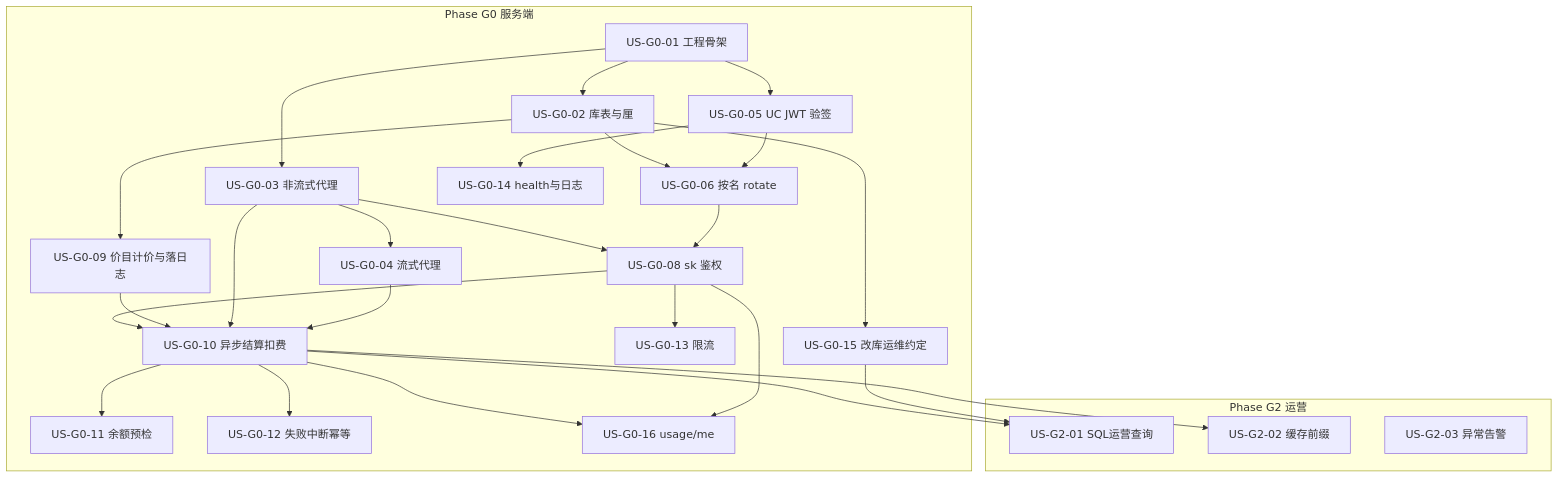
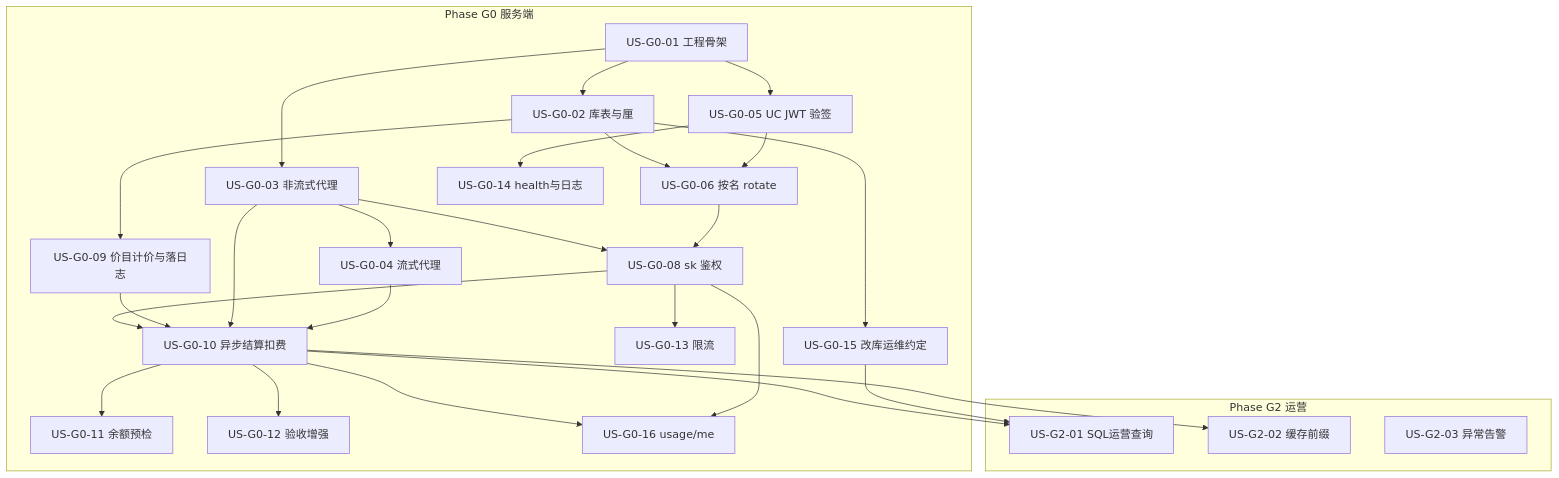
The diagram in token-gateway/docs/02-用户故事.md (Pedro-MAFS/ftcs), drawn with Mermaid before and after one commit. The commit also changed other lines of this file and 22 other files, not shown here.

````diff
--- a/token-gateway/docs/02-用户故事.md
+++ b/token-gateway/docs/02-用户故事.md
@@ -34,51 +34,51 @@
 ```mermaid
 flowchart TB
   subgraph G0["Phase G0 服务端"]
     US01[US-G0-01 工程骨架]
     US02[US-G0-02 库表与厘]
     US03[US-G0-03 非流式代理]
     US04[US-G0-04 流式代理]
     US05[US-G0-05 UC JWT 验签]
     US06[US-G0-06 按名 rotate]
     US08[US-G0-08 sk 鉴权]
     US09[US-G0-09 价目计价与落日志]
     US10[US-G0-10 异步结算扣费]
     US11[US-G0-11 余额预检]
-    US12[US-G0-12 失败中断幂等]
+    US12[US-G0-12 验收增强]
     US13[US-G0-13 限流]
     US14[US-G0-14 health与日志]
     US15[US-G0-15 改库运维约定]
     US16[US-G0-16 usage/me]
 
     US01 --> US02
     US01 --> US03
     US01 --> US05
     US02 --> US06
     US02 --> US09
     US03 --> US04
     US03 --> US08
     US05 --> US06
     US05 --> US14
     US06 --> US08
     US08 --> US10
     US09 --> US10
     US03 --> US10
     US04 --> US10
     US10 --> US11
     US10 --> US12
     US08 --> US13
     US02 --> US15
     US10 --> US16
     US08 --> US16
   end
 
   subgraph G2["Phase G2 运营"]
     US31[US-G2-01 SQL运营查询]
     US32[US-G2-02 缓存前缀]
     US33[US-G2-03 异常告警]
   end
 
   US10 --> US31
   US15 --> US31
   US10 --> US32
 ```
````
